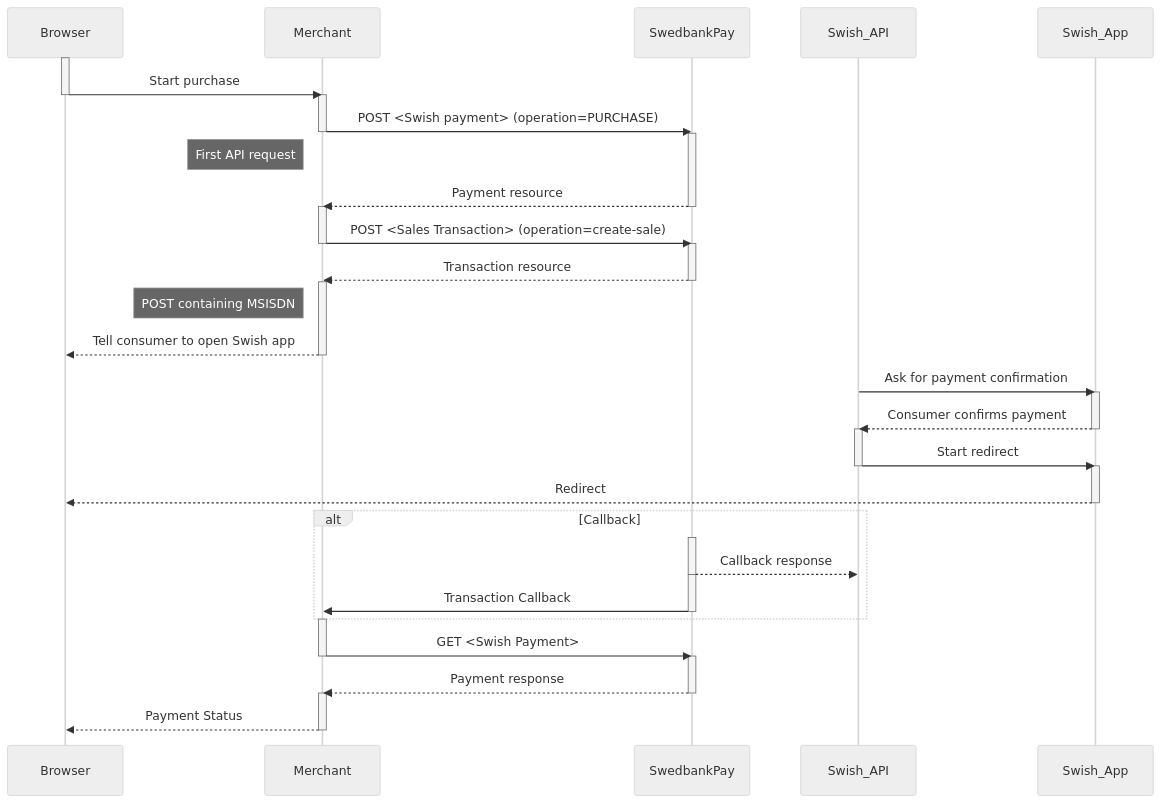
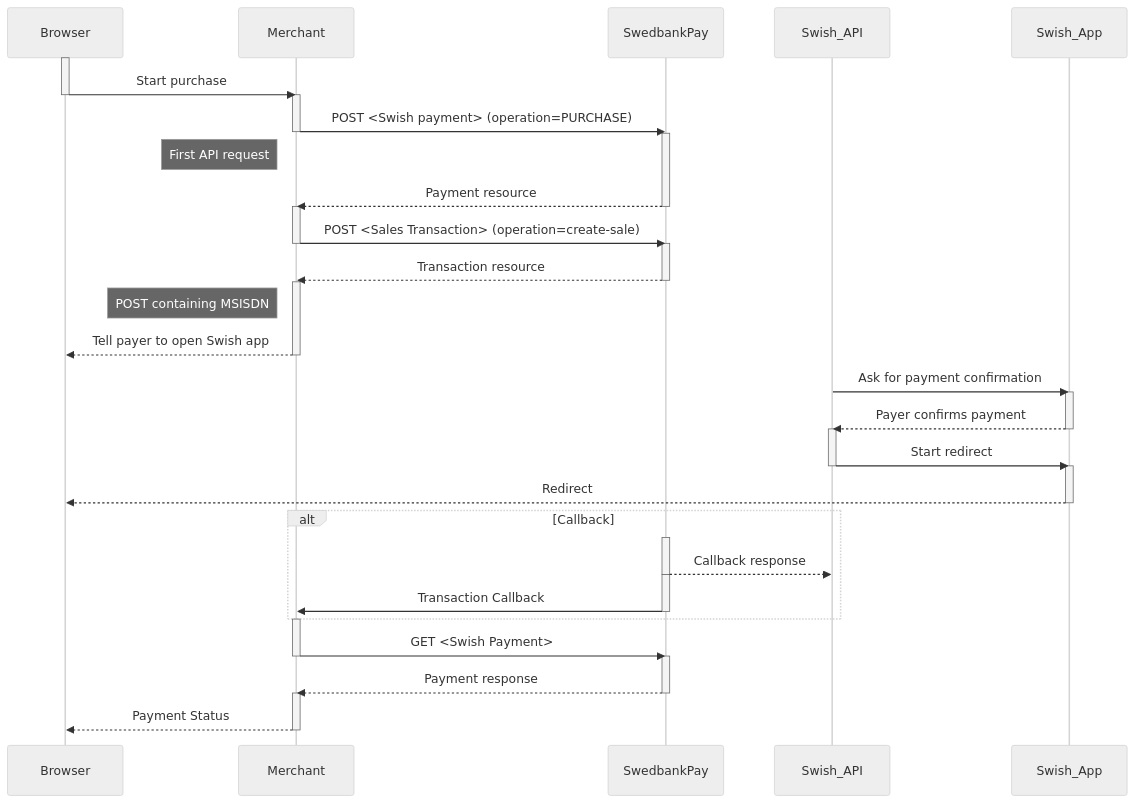
Before and after one commit to SwedbankPay/developer.swedbankpay.com: the second of 2 diagrams in payment-instruments/swish/direct.md, drawn with Mermaid (neutral theme). The commit also changed other lines of this file and 9 other files, not shown here.

````diff
--- a/payment-instruments/swish/direct.md
+++ b/payment-instruments/swish/direct.md
@@ -383,38 +383,38 @@
 ```mermaid
 sequenceDiagram
     activate Browser
     Browser->>-Merchant: Start purchase
     activate Merchant
     Merchant->>-SwedbankPay: POST <Swish payment> (operation=PURCHASE)
     activate  SwedbankPay
     note left of Merchant: First API request
     SwedbankPay-->>-Merchant: Payment resource
     activate Merchant
     Merchant->>- SwedbankPay: POST <Sales Transaction> (operation=create-sale)
     activate  SwedbankPay
     SwedbankPay-->>-Merchant: Transaction resource
     activate Merchant
     note left of Merchant: POST containing MSISDN
-    Merchant-->>-Browser: Tell consumer to open Swish app
+    Merchant-->>-Browser: Tell payer to open Swish app
     Swish_API->>Swish_App: Ask for payment confirmation
     activate Swish_App
-    Swish_App-->>-Swish_API: Consumer confirms payment
+    Swish_App-->>-Swish_API: Payer confirms payment
     activate Swish_API
     Swish_API->>-Swish_App: Start redirect
     activate Swish_App
     Swish_App-->>-Browser: Redirect
 
         alt Callback
         activate SwedbankPay
         SwedbankPay-->>-Swish_API: Callback response
         activate SwedbankPay
         SwedbankPay->>-Merchant: Transaction Callback
         end
 
     activate Merchant
     Merchant->>- SwedbankPay: GET <Swish Payment>
     activate  SwedbankPay
     SwedbankPay-->>-Merchant: Payment response
     activate Merchant
     Merchant-->>-Browser: Payment Status
 ```
````
